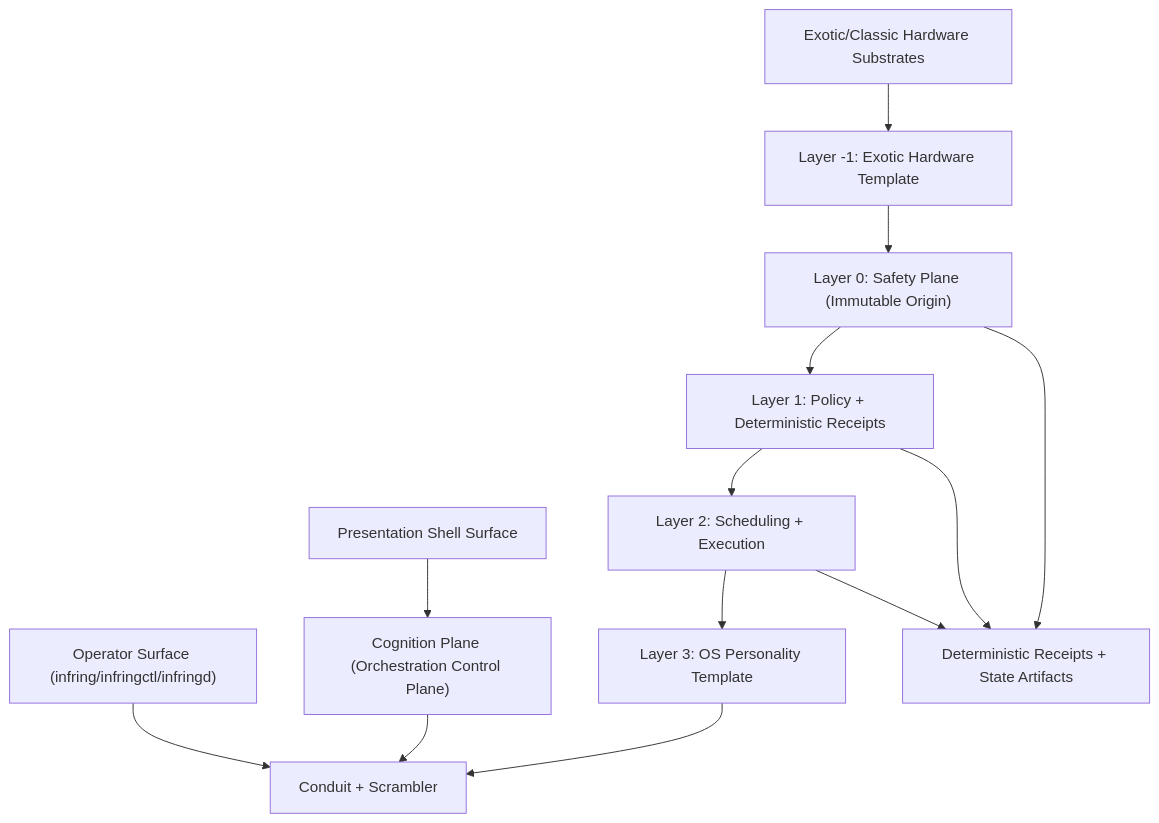
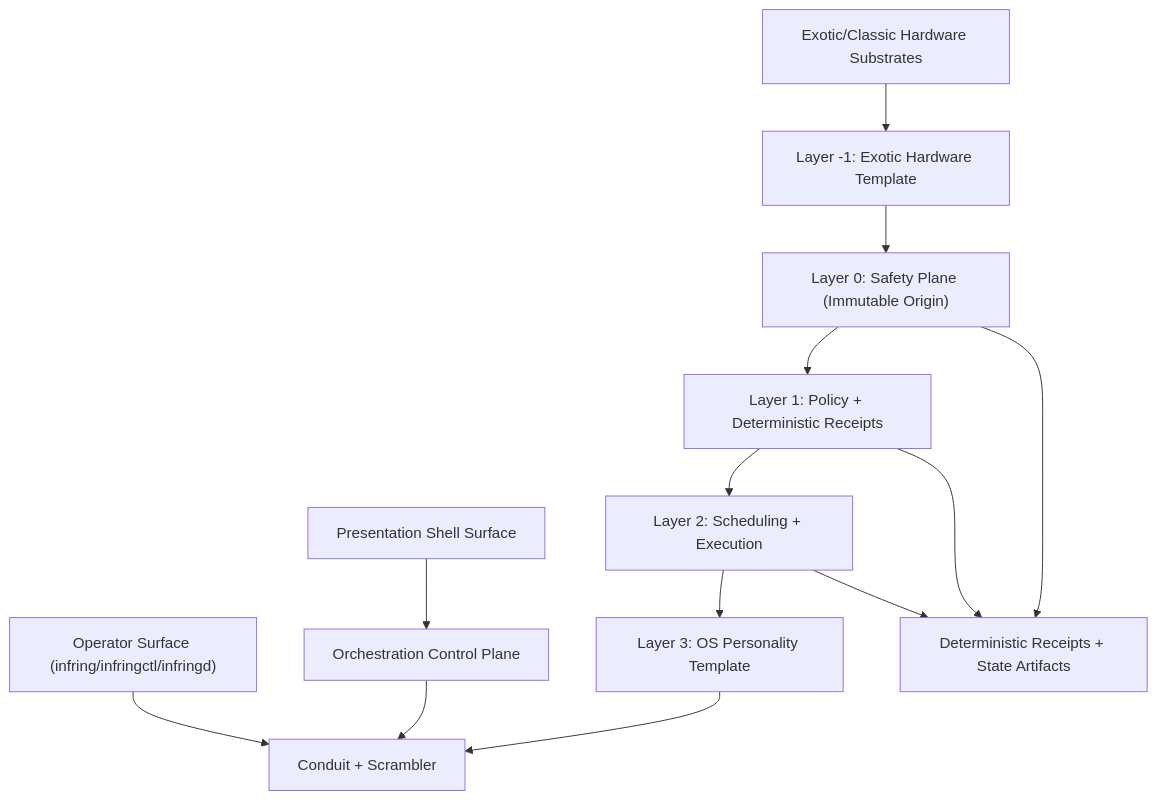
The diagram in ARCHITECTURE.md (jakerslam/protheus), drawn with Mermaid before and after one commit. The commit also changed other lines of this file and 503 other files, not shown here.

````diff
--- a/ARCHITECTURE.md
+++ b/ARCHITECTURE.md
@@ -198,27 +209,27 @@
 ```mermaid
 flowchart TB
     SUBSTRATE["Exotic/Classic Hardware Substrates"]
     LNEG1["Layer -1: Exotic Hardware Template"]
     L0["Layer 0: Safety Plane (Immutable Origin)"]
     L1["Layer 1: Policy + Deterministic Receipts"]
     L2["Layer 2: Scheduling + Execution"]
     L3["Layer 3: OS Personality Template"]
     CONDUIT["Conduit + Scrambler"]
-    ORCH["Cognition Plane (Orchestration Control Plane)"]
+    ORCH["Orchestration Control Plane"]
     UI["Presentation Shell Surface"]
     CLI["Operator Surface (infring/infringctl/infringd)"]
     RECEIPTS["Deterministic Receipts + State Artifacts"]
 
     SUBSTRATE --> LNEG1
     LNEG1 --> L0
     L0 --> L1
     L1 --> L2
     L2 --> L3
     L3 --> CONDUIT
     ORCH --> CONDUIT
     UI --> ORCH
     CLI --> CONDUIT
     L0 --> RECEIPTS
     L1 --> RECEIPTS
     L2 --> RECEIPTS
 ```
````
